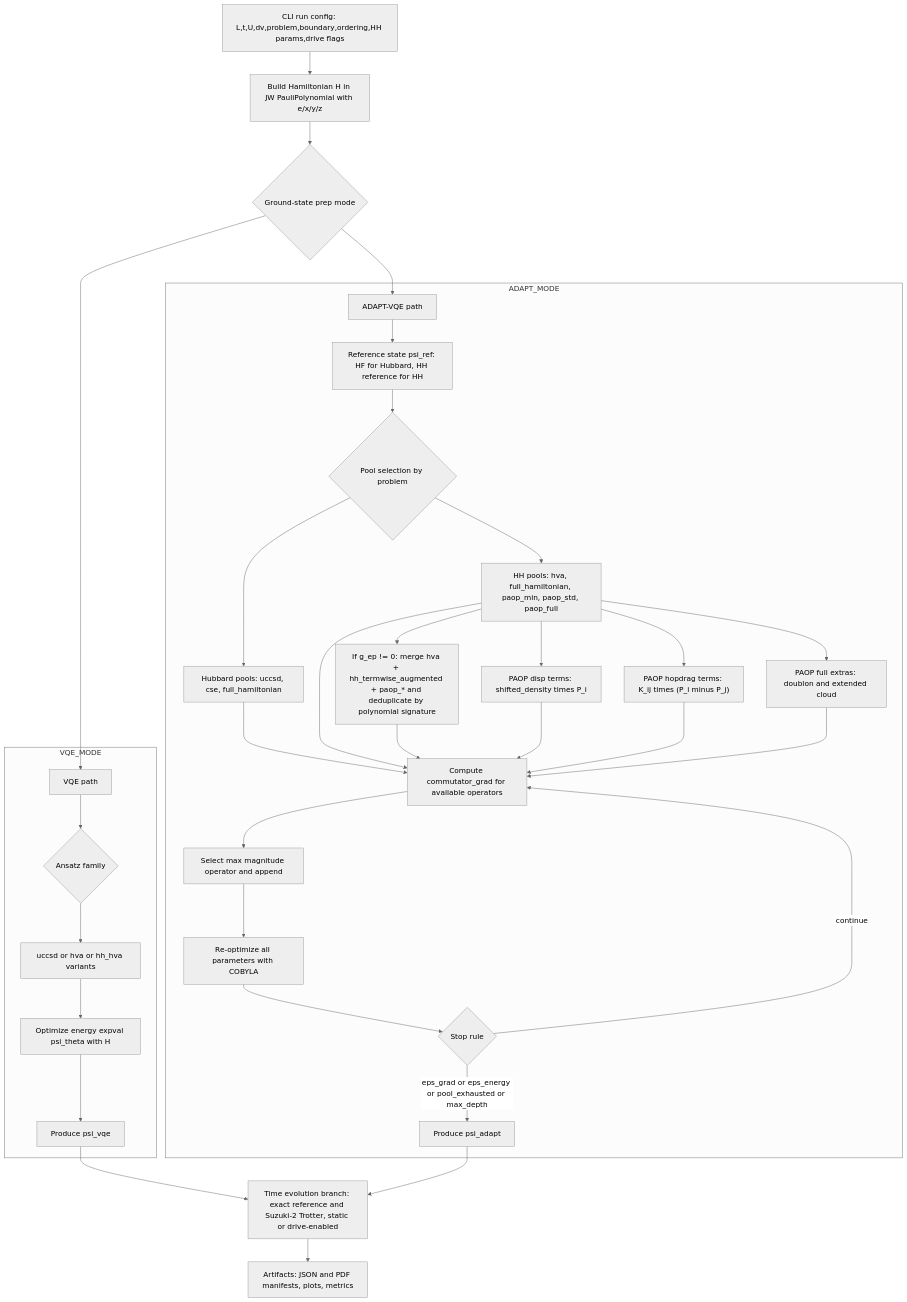
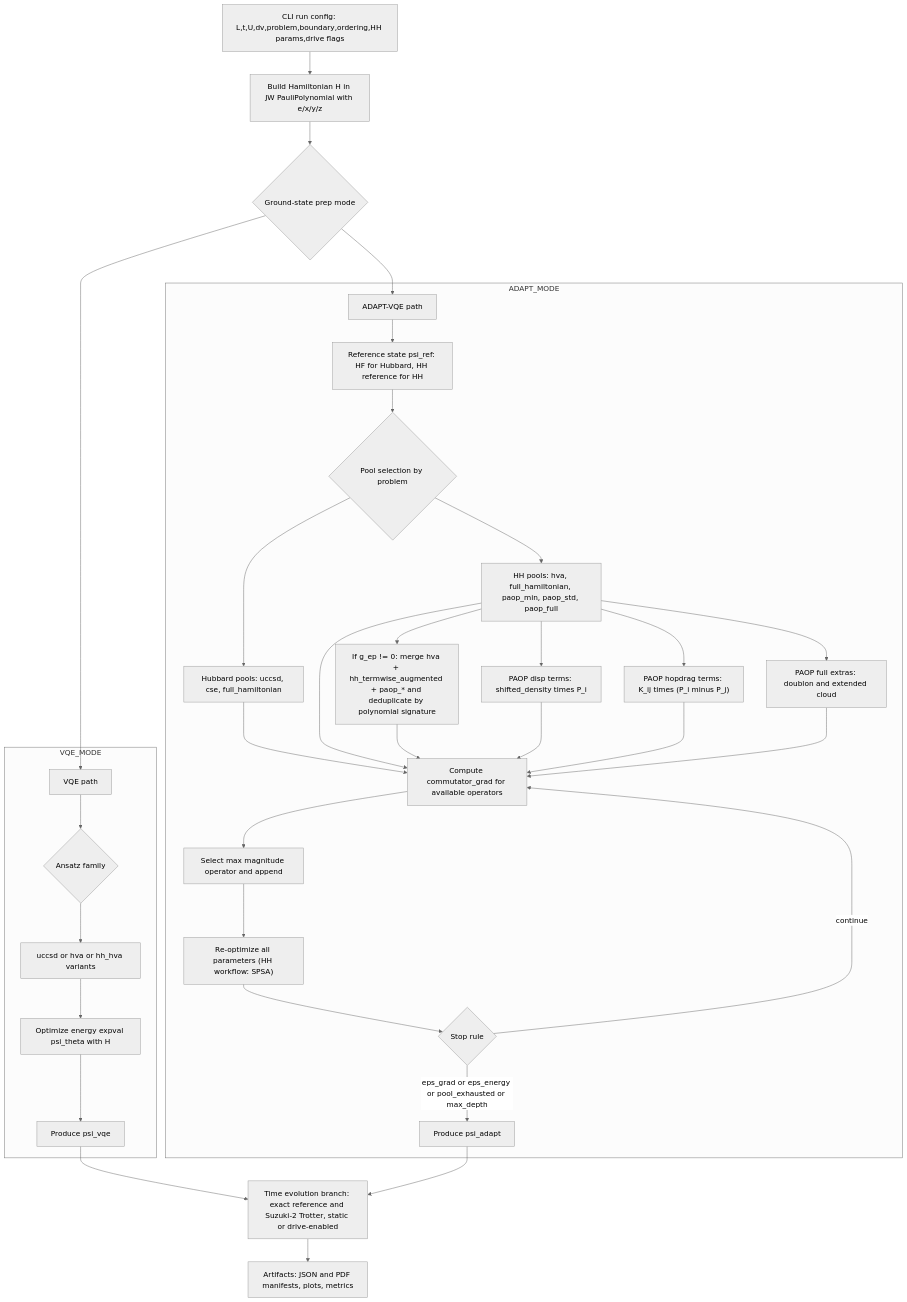
The second of 2 diagrams in README.md (jacopos86/qdynamics), drawn with Mermaid (neutral theme) before and after one commit. The commit also changed other lines of this file and 3 other files, not shown here.

````diff
--- a/README.md
+++ b/README.md
@@ -104,45 +144,45 @@
 ```mermaid
 graph TB
   A["CLI run config: L,t,U,dv,problem,boundary,ordering,HH params,drive flags"] --> B["Build Hamiltonian H in JW PauliPolynomial with e/x/y/z"]
   B --> C{"Ground-state prep mode"}
 
   C --> V["VQE path"]
   C --> AD["ADAPT-VQE path"]
 
   subgraph VQE_MODE
     V --> V1{"Ansatz family"}
     V1 --> V2["uccsd or hva or hh_hva variants"]
     V2 --> V3["Optimize energy expval psi_theta with H"]
     V3 --> V4["Produce psi_vqe"]
   end
 
   subgraph ADAPT_MODE
     AD --> AD0["Reference state psi_ref: HF for Hubbard, HH reference for HH"]
     AD0 --> AD1{"Pool selection by problem"}
 
     AD1 --> HPOOL["Hubbard pools: uccsd, cse, full_hamiltonian"]
     AD1 --> HHPOOL["HH pools: hva, full_hamiltonian, paop_min, paop_std, paop_full"]
 
     HHPOOL --> PD1["PAOP disp terms: shifted_density times P_i"]
     HHPOOL --> PD2["PAOP hopdrag terms: K_ij times (P_i minus P_j)"]
     HHPOOL --> PD3["PAOP full extras: doublon and extended cloud"]
     HHPOOL --> HMERGE["If g_ep != 0: merge hva + hh_termwise_augmented + paop_* and deduplicate by polynomial signature"]
 
     HPOOL --> GCompute
     HHPOOL --> GCompute
     HMERGE --> GCompute
     PD1 --> GCompute
     PD2 --> GCompute
     PD3 --> GCompute
 
     GCompute["Compute commutator_grad for available operators"] --> GSelect["Select max magnitude operator and append"]
-    GSelect --> Reopt["Re-optimize all parameters with COBYLA"]
+    GSelect --> Reopt["Re-optimize all parameters (HH workflow: SPSA)"]
     Reopt --> Stop{"Stop rule"}
     Stop -->|eps_grad or eps_energy or pool_exhausted or max_depth| ADOut["Produce psi_adapt"]
     Stop -->|continue| GCompute
   end
 
   V4 --> DYN
   ADOut --> DYN
   DYN["Time evolution branch: exact reference and Suzuki-2 Trotter, static or drive-enabled"] --> OUT["Artifacts: JSON and PDF manifests, plots, metrics"]
 ```
````
